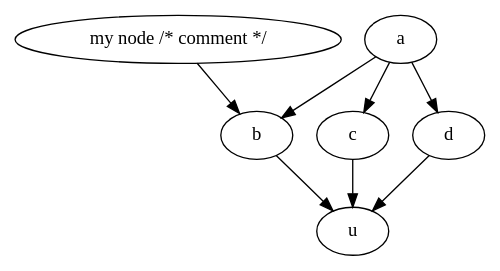
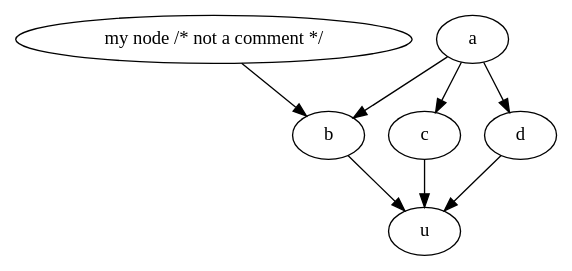
The diagram in t/in/dot/6_comments.dot (gitpan/Graph-Easy), drawn with Graphviz before and after one commit. The commit also changed 96 other files, not shown here.

First line of the commit message:
Import of TELS/Graph-Easy-0.47 from CPAN.

```diff
--- a/t/in/dot/6_comments.dot
+++ b/t/in/dot/6_comments.dot
@@ -1,10 +1,10 @@
 /* this is a
  * multi line
  * comment
 */
 /* comment */ digraph GRAPH_0 { // comment
   // comment
   a -> /* comment */ { b c /* comment */ d }
   { b /* comment */ c d } /* comment */ -> u
-  " my node /* comment */ " -> b
+  " my node /* not a comment */ " -> b
 }
```
